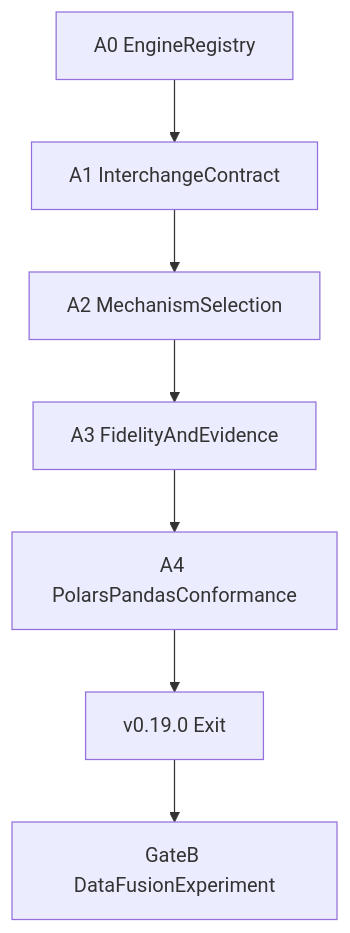
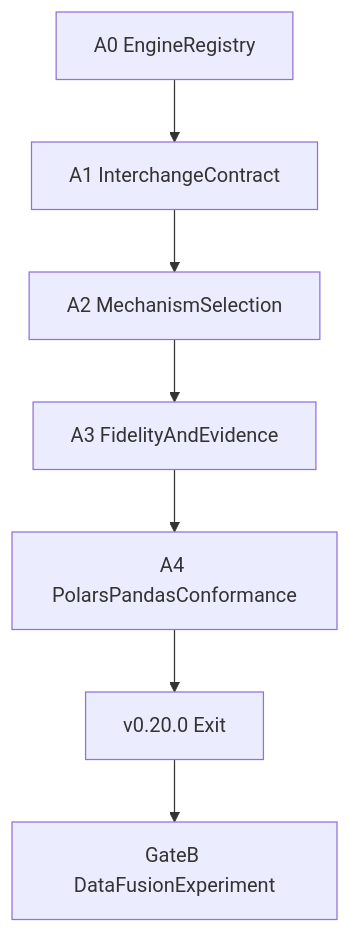
Before and after one commit to eddiethedean/pipelantic: the diagram in docs/11_DEVELOPMENT/INTEROPERABILITY_FOUNDATION_PLAN.md, drawn with Mermaid. The commit also changed 153 other files, not shown here.

````diff
--- a/docs/11_DEVELOPMENT/INTEROPERABILITY_FOUNDATION_PLAN.md
+++ b/docs/11_DEVELOPMENT/INTEROPERABILITY_FOUNDATION_PLAN.md
@@ -192,9 +192,9 @@
 ```mermaid
 flowchart TD
   A0[A0 EngineRegistry] --> A1[A1 InterchangeContract]
   A1 --> A2[A2 MechanismSelection]
   A2 --> A3[A3 FidelityAndEvidence]
   A3 --> A4[A4 PolarsPandasConformance]
-  A4 --> R180[v0.19.0 Exit]
+  A4 --> R180[v0.20.0 Exit]
   R180 --> B[GateB DataFusionExperiment]
 ```
````
